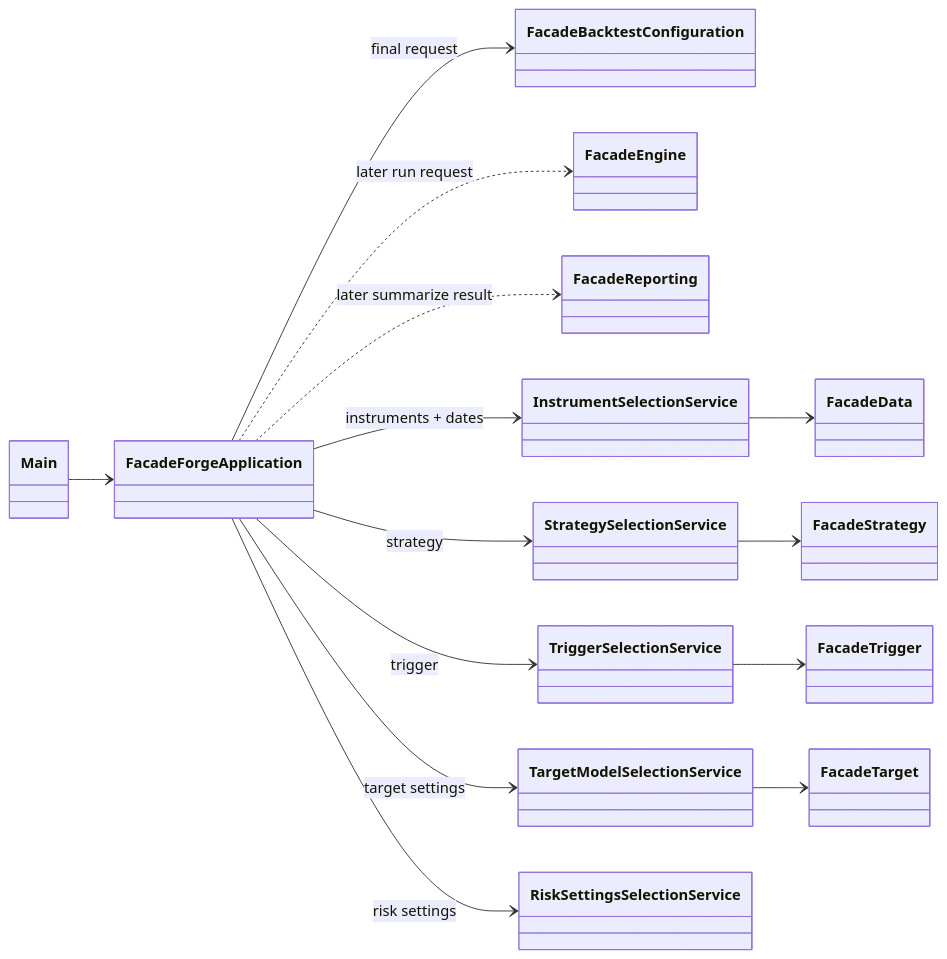
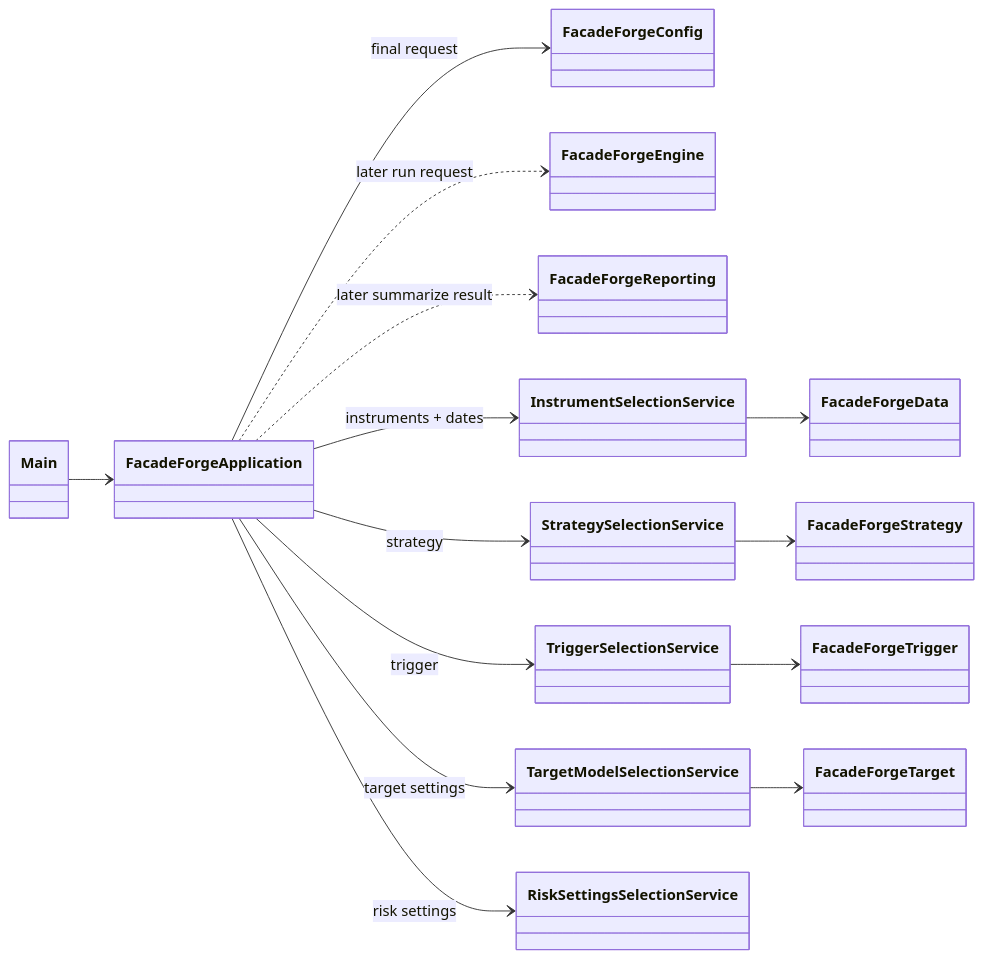
The first of 12 diagrams in class-model.md (probst-paul/FORGE), drawn with Mermaid before and after one commit. The commit also changed other lines of this file and 13 other files, not shown here.

First line of the commit message:
Rename facades to FacadeForge* and add singletons

````diff
--- a/class-model.md
+++ b/class-model.md
@@ -5,35 +5,35 @@
 ```mermaid
 classDiagram
     direction LR
 
     class Main
     class FacadeForgeApplication
-    class FacadeBacktestConfiguration
-    class FacadeData
-    class FacadeStrategy
-    class FacadeTrigger
-    class FacadeTarget
-    class FacadeEngine
-    class FacadeReporting
+    class FacadeForgeConfig
+    class FacadeForgeData
+    class FacadeForgeStrategy
+    class FacadeForgeTrigger
+    class FacadeForgeTarget
+    class FacadeForgeEngine
+    class FacadeForgeReporting
     class InstrumentSelectionService
     class StrategySelectionService
     class TriggerSelectionService
     class TargetModelSelectionService
     class RiskSettingsSelectionService
 
     Main --> FacadeForgeApplication
     FacadeForgeApplication --> InstrumentSelectionService : instruments + dates
     FacadeForgeApplication --> StrategySelectionService : strategy
     FacadeForgeApplication --> RiskSettingsSelectionService : risk settings
     FacadeForgeApplication --> TriggerSelectionService : trigger
     FacadeForgeApplication --> TargetModelSelectionService : target settings
-    FacadeForgeApplication --> FacadeBacktestConfiguration : final request
+    FacadeForgeApplication --> FacadeForgeConfig : final request
 
-    InstrumentSelectionService --> FacadeData
-    StrategySelectionService --> FacadeStrategy
-    TriggerSelectionService --> FacadeTrigger
-    TargetModelSelectionService --> FacadeTarget
+    InstrumentSelectionService --> FacadeForgeData
+    StrategySelectionService --> FacadeForgeStrategy
+    TriggerSelectionService --> FacadeForgeTrigger
+    TargetModelSelectionService --> FacadeForgeTarget
 
-    FacadeForgeApplication ..> FacadeEngine : later run request
-    FacadeForgeApplication ..> FacadeReporting : later summarize result
+    FacadeForgeApplication ..> FacadeForgeEngine : later run request
+    FacadeForgeApplication ..> FacadeForgeReporting : later summarize result
 ```
````
